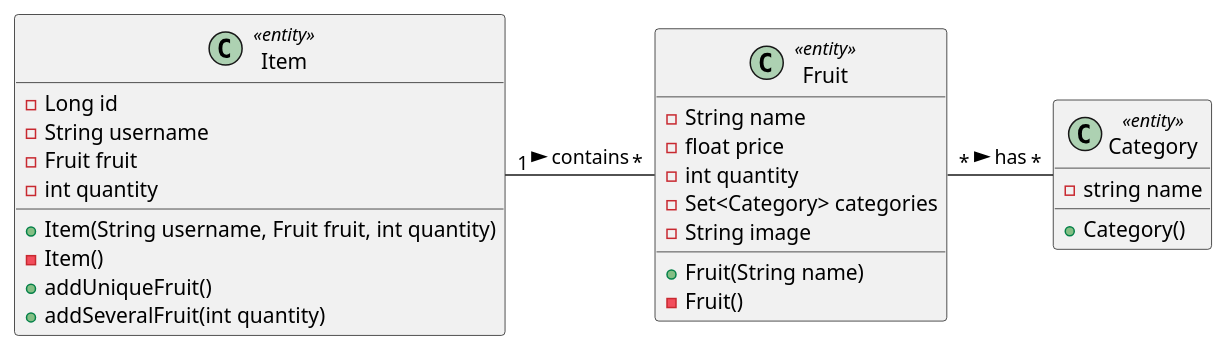
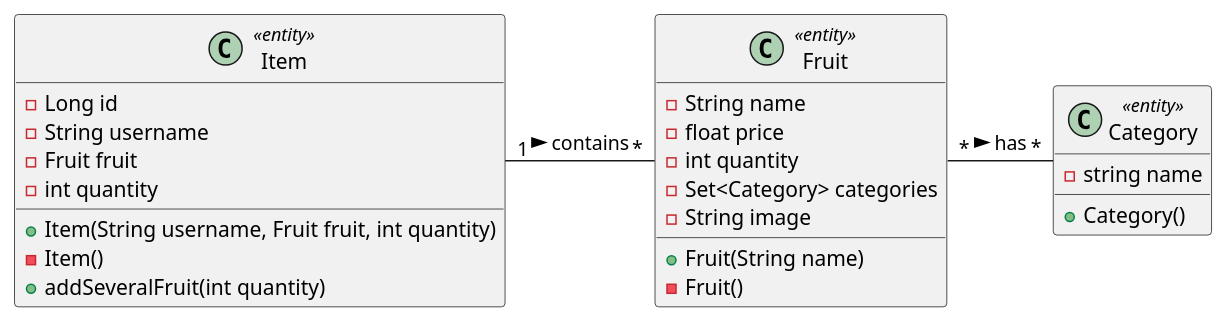
The diagram in documentation/CD/CD.puml (EmmanuelJanssens/AMT_2021), drawn with PlantUML before and after one commit. The commit also changed 6 other files, not shown here.

Commit message:
diagrams of US-02 and US-03 done

```diff
--- a/documentation/CD/CD.puml
+++ b/documentation/CD/CD.puml
@@ -1,33 +1,32 @@
 @startuml
 'https://plantuml.com/class-diagram
 
 class Fruit <<entity>>{
 -String name
 -float price
 -int quantity
 -Set<Category> categories
 -String image
 +Fruit(String name)
 -Fruit()
 }
 class Item <<entity>>{
 -Long id
 -String username
 -Fruit fruit
 -int quantity
 +Item(String username, Fruit fruit, int quantity)
 -Item()
-+addUniqueFruit()
 +addSeveralFruit(int quantity)
 
 
 }
 class Category <<entity>>{
 -string name
 +Category()
 }
 
 
 Item "1"- "*" Fruit : contains >
 Fruit "*"- "*" Category : has >
 @enduml
```
